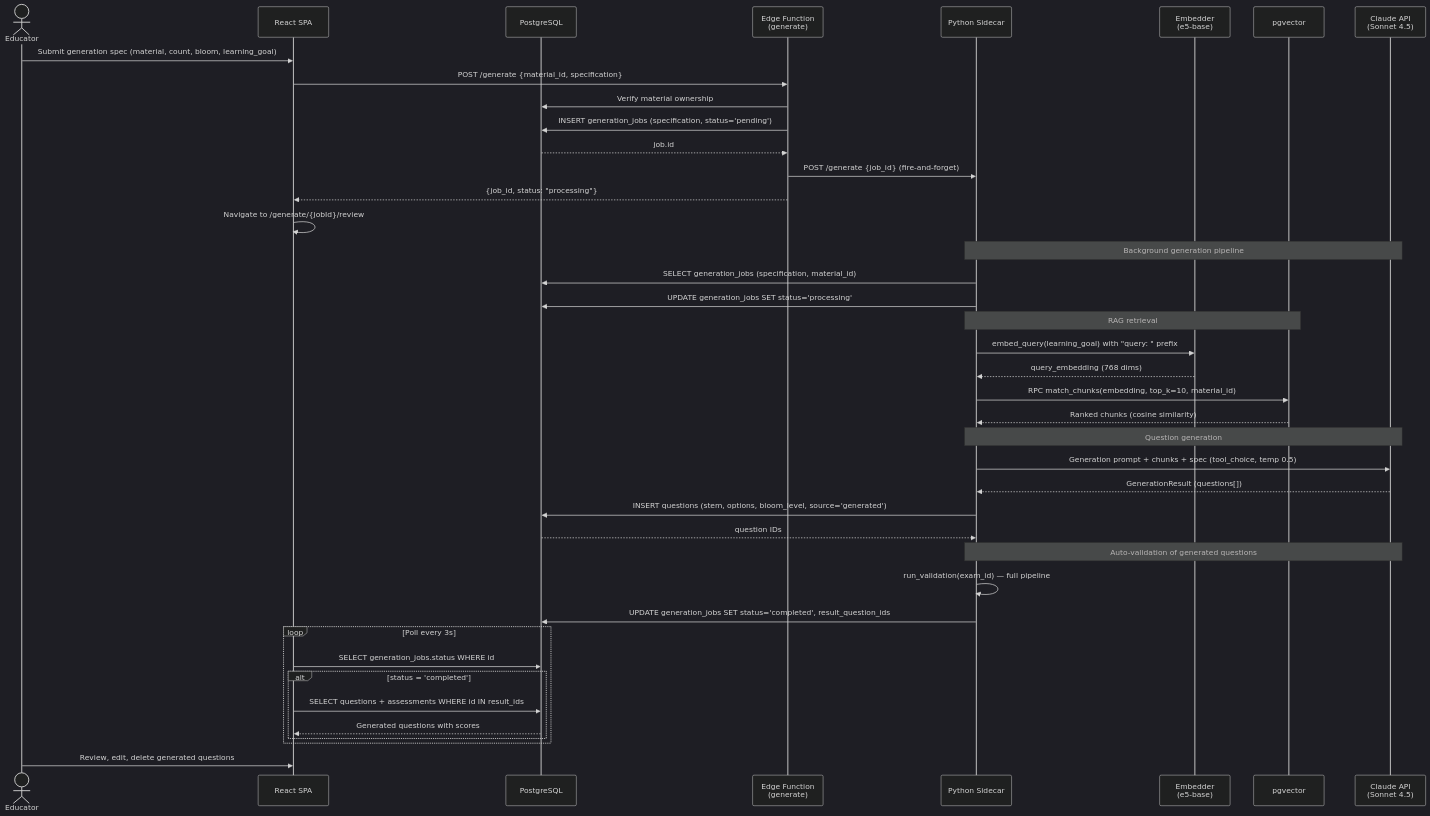
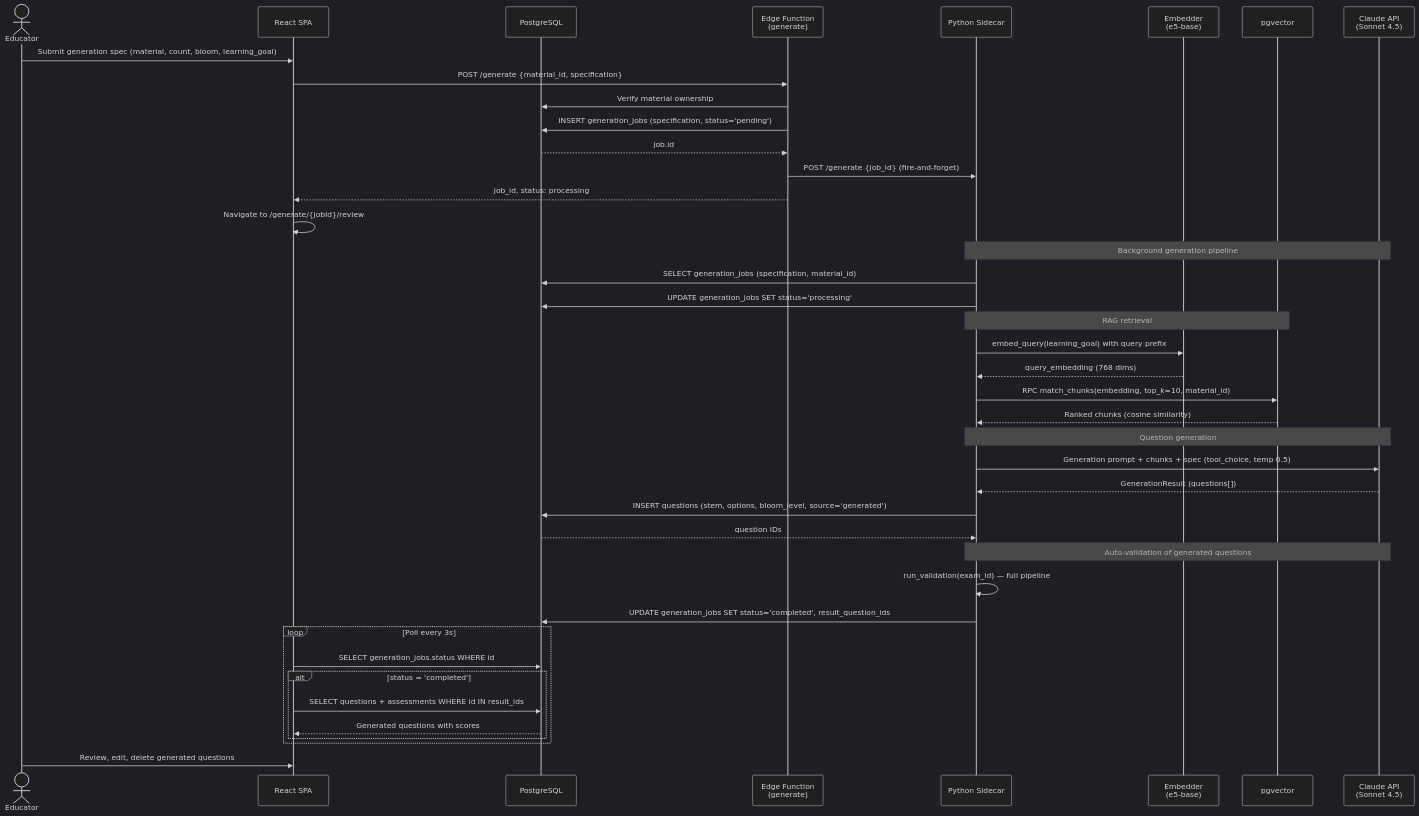
The fifth of 9 diagrams in memory/sequence-activity-diagrams.md (businessdatasolutions/mc-toetsgenerator), drawn with Mermaid (dark theme) before and after one commit. The commit also changed other lines of this file, not shown here.

Commit message:
fix: remove special characters breaking Mermaid rendering on GitHub

````diff
--- a/memory/sequence-activity-diagrams.md
+++ b/memory/sequence-activity-diagrams.md
@@ -202,50 +202,50 @@
 ```mermaid
 sequenceDiagram
     actor Educator
     participant SPA as React SPA
     participant DB as PostgreSQL
     participant Edge as Edge Function<br/>(generate)
     participant Sidecar as Python Sidecar
     participant Embedder as Embedder<br/>(e5-base)
     participant pgvector as pgvector
     participant Claude as Claude API<br/>(Sonnet 4.5)
 
     Educator->>SPA: Submit generation spec (material, count, bloom, learning_goal)
     SPA->>Edge: POST /generate {material_id, specification}
     Edge->>DB: Verify material ownership
     Edge->>DB: INSERT generation_jobs (specification, status='pending')
     DB-->>Edge: job.id
     Edge->>Sidecar: POST /generate {job_id} (fire-and-forget)
-    Edge-->>SPA: {job_id, status: "processing"}
+    Edge-->>SPA: job_id, status: processing
     SPA->>SPA: Navigate to /generate/{jobId}/review
 
     Note over Sidecar,Claude: Background generation pipeline
     Sidecar->>DB: SELECT generation_jobs (specification, material_id)
     Sidecar->>DB: UPDATE generation_jobs SET status='processing'
 
     Note over Sidecar,pgvector: RAG retrieval
-    Sidecar->>Embedder: embed_query(learning_goal) with "query: " prefix
+    Sidecar->>Embedder: embed_query(learning_goal) with query prefix
     Embedder-->>Sidecar: query_embedding (768 dims)
     Sidecar->>pgvector: RPC match_chunks(embedding, top_k=10, material_id)
     pgvector-->>Sidecar: Ranked chunks (cosine similarity)
 
     Note over Sidecar,Claude: Question generation
     Sidecar->>Claude: Generation prompt + chunks + spec (tool_choice, temp 0.5)
     Claude-->>Sidecar: GenerationResult (questions[])
     Sidecar->>DB: INSERT questions (stem, options, bloom_level, source='generated')
     DB-->>Sidecar: question IDs
 
     Note over Sidecar,Claude: Auto-validation of generated questions
     Sidecar->>Sidecar: run_validation(exam_id) — full pipeline
     Sidecar->>DB: UPDATE generation_jobs SET status='completed', result_question_ids
 
     loop Poll every 3s
         SPA->>DB: SELECT generation_jobs.status WHERE id
         alt status = 'completed'
             SPA->>DB: SELECT questions + assessments WHERE id IN result_ids
             DB-->>SPA: Generated questions with scores
         end
     end
 
     Educator->>SPA: Review, edit, delete generated questions
 ```
````
